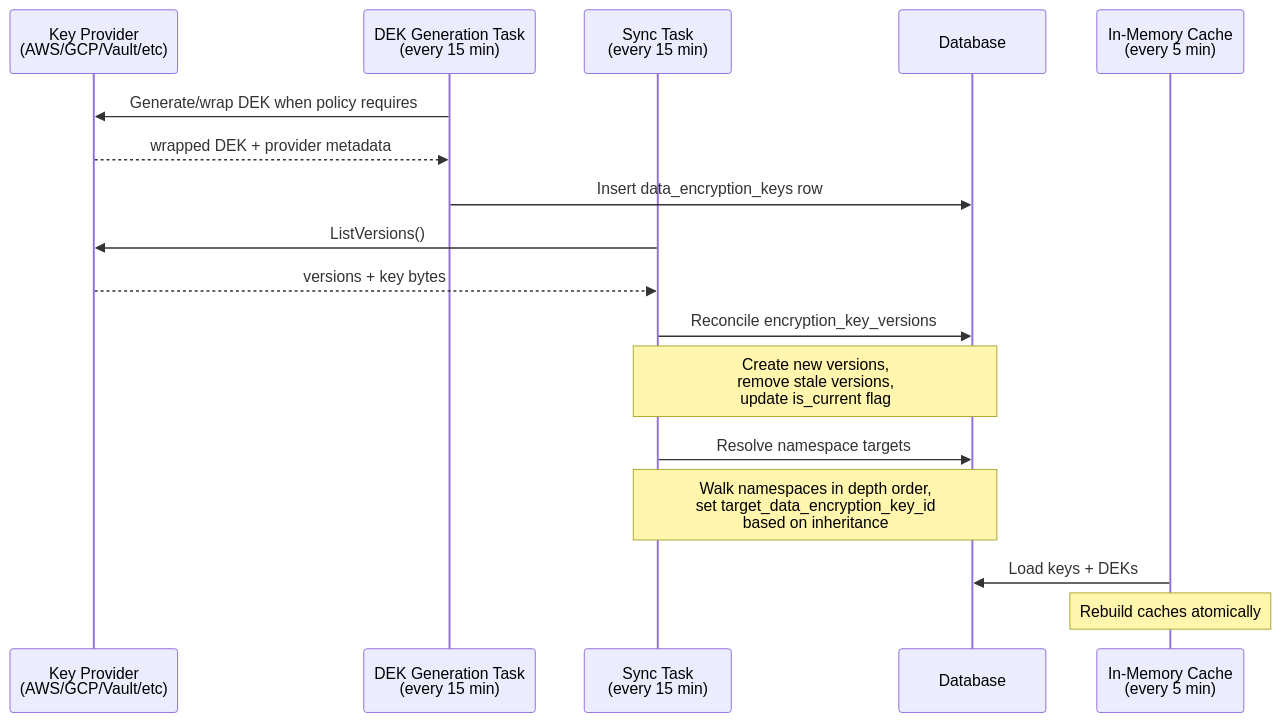
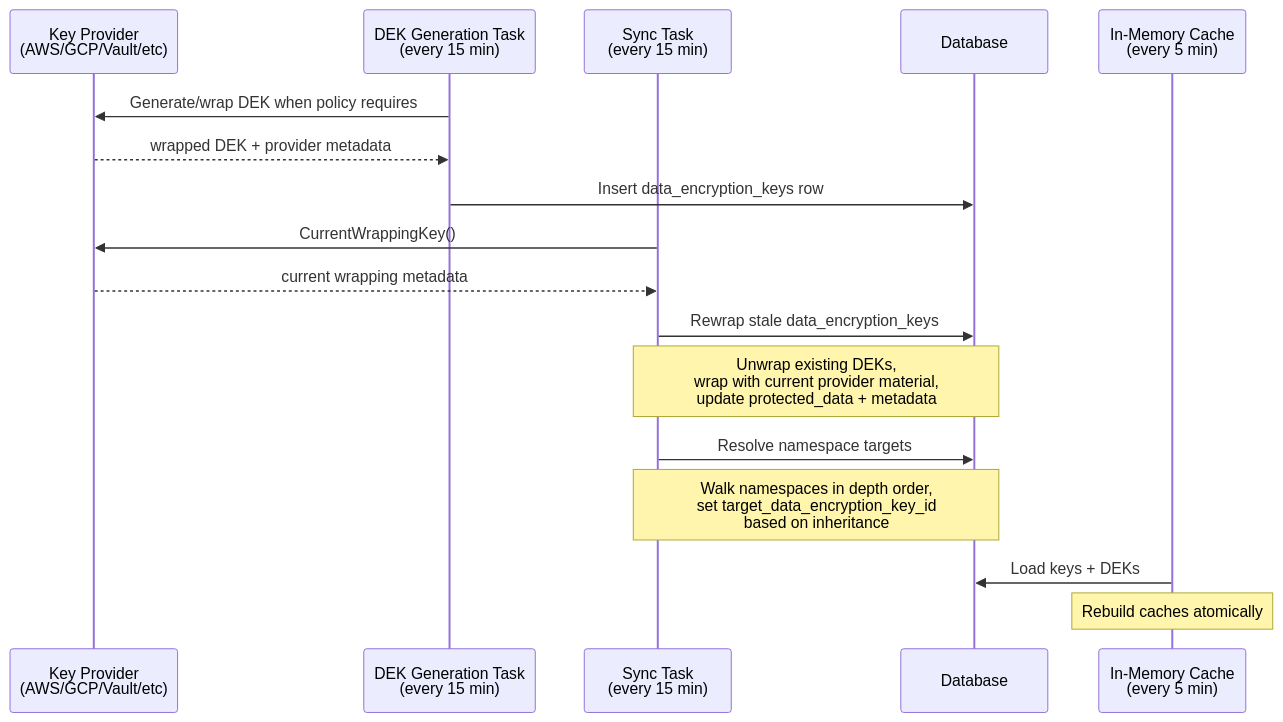
One commit to rmorlok/authproxy changed the third of 3 diagrams in internal/encrypt/README.md. Above: the diagram before and after it, drawn with Mermaid. The commit also changed other lines of this file and 25 other files, not shown here.

First line of the commit message:
Remove encryption key versions (#643)

````diff
--- a/internal/encrypt/README.md
+++ b/internal/encrypt/README.md
@@ -113,24 +113,24 @@
 ```mermaid
 sequenceDiagram
     participant Provider as Key Provider<br/>(AWS/GCP/Vault/etc)
     participant DEKTask as DEK Generation Task<br/>(every 15 min)
     participant SyncTask as Sync Task<br/>(every 15 min)
     participant DB as Database
     participant Memory as In-Memory Cache<br/>(every 5 min)
 
     DEKTask->>Provider: Generate/wrap DEK when policy requires
     Provider-->>DEKTask: wrapped DEK + provider metadata
     DEKTask->>DB: Insert data_encryption_keys row
 
-    SyncTask->>Provider: ListVersions()
-    Provider-->>SyncTask: versions + key bytes
+    SyncTask->>Provider: CurrentWrappingKey()
+    Provider-->>SyncTask: current wrapping metadata
 
-    SyncTask->>DB: Reconcile encryption_key_versions
-    Note over SyncTask,DB: Create new versions,<br/>remove stale versions,<br/>update is_current flag
+    SyncTask->>DB: Rewrap stale data_encryption_keys
+    Note over SyncTask,DB: Unwrap existing DEKs,<br/>wrap with current provider material,<br/>update protected_data + metadata
 
     SyncTask->>DB: Resolve namespace targets
     Note over SyncTask,DB: Walk namespaces in depth order,<br/>set target_data_encryption_key_id<br/>based on inheritance
 
     Memory->>DB: Load keys + DEKs
     Note over Memory: Rebuild caches atomically
 ```
````
